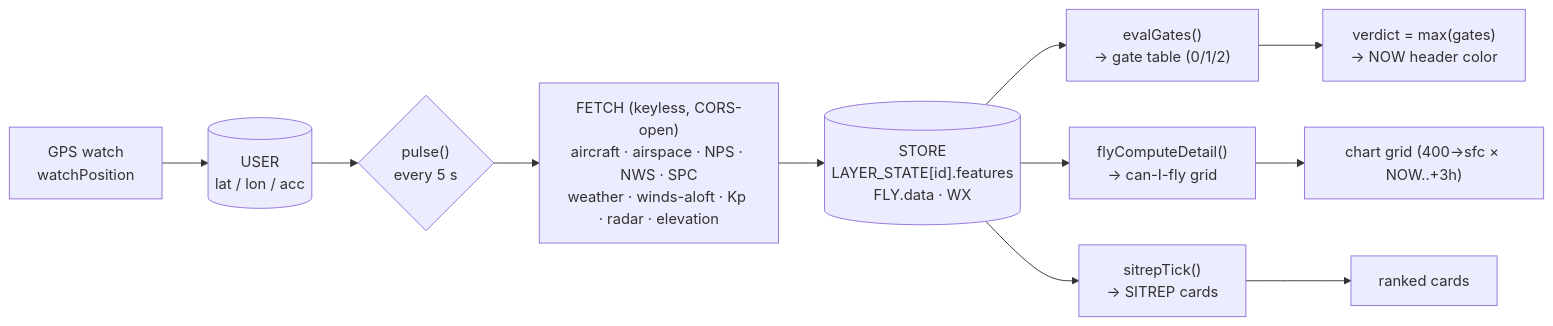
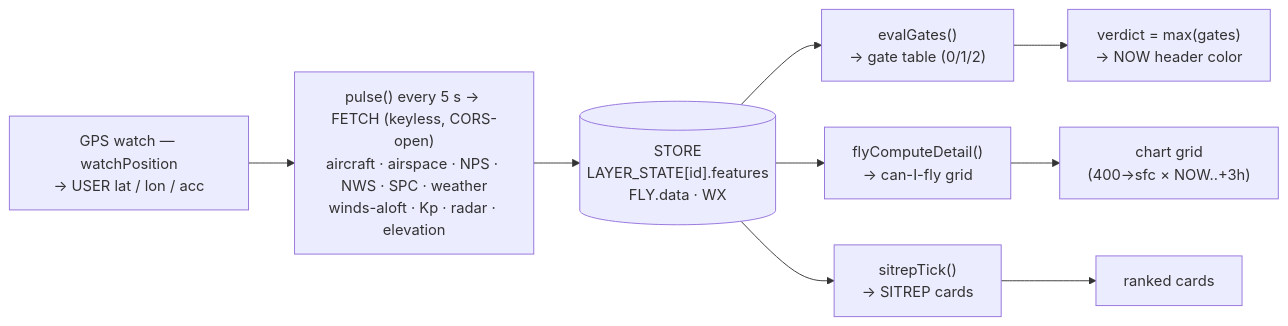
One commit to robertjohnhanna/seehear changed the diagram in README.md. Above: the diagram before and after it, drawn with Mermaid. The commit also changed 1 other file, not shown here.

Commit message:
Gate table to its own section after the chart; bigger NOW; tighter mermaid
- section 8 (verdict gate table) relocated from mid-chart to after
  flyRefresh: the chart section is now contiguous (fetchers -> caches ->
  radar -> traffic -> state -> freshness -> compute -> render -> refresh)
  and the gate table reads as its own layer between the chart it scores
  and the clock/boot machinery. Pure move — no code changes.
- NOW column header now matches the clock's size/weight (15px / 800,
  same mono family) — it carries the verdict, it should read like it.
- README data-flow mermaid: GPS watch + USER merged into one node,
  pulse() + FETCH merged into one node; labels widened so the diagram
  keeps its horizontal extent, flowing left-to-right.

Verified: 26/26 fixture checks (incl. a computed-style assertion that
NOW renders 15px/800 identical to the clock), 4/4 movement checks.

Claude-Session: https://claude.ai/code/session_0112SQtrT6ryJr1SjdfTVaBB

````diff
--- a/README.md
+++ b/README.md
@@ -13,13 +13,11 @@
 ```mermaid
 flowchart LR
-  GPS["GPS watch<br/>watchPosition"] --> USER[("USER<br/>lat / lon / acc")]
-  USER --> PULSE{"pulse()<br/>every 5 s"}
-  PULSE --> FEEDS["FETCH (keyless, CORS-open)<br/>aircraft · airspace · NPS · NWS · SPC<br/>weather · winds-aloft · Kp · radar · elevation"]
-  FEEDS --> STORE[("STORE<br/>LAYER_STATE[id].features<br/>FLY.data · WX")]
+  GPS["GPS watch — watchPosition<br/>→ USER lat / lon / acc"] --> PULSE["pulse() every 5 s → FETCH (keyless, CORS-open)<br/>aircraft · airspace · NPS · NWS · SPC · weather<br/>winds-aloft · Kp · radar · elevation"]
+  PULSE --> STORE[("STORE<br/>LAYER_STATE[id].features<br/>FLY.data · WX")]
   STORE --> GATES["evalGates()<br/>→ gate table (0/1/2)"]
   STORE --> CHART["flyComputeDetail()<br/>→ can-I-fly grid"]
   STORE --> SITREP["sitrepTick()<br/>→ SITREP cards"]
   GATES --> NOW["verdict = max(gates)<br/>→ NOW header color"]
-  CHART --> BOARD["chart grid (400→sfc × NOW..+3h)"]
+  CHART --> BOARD["chart grid<br/>(400→sfc × NOW..+3h)"]
   SITREP --> CARDS["ranked cards"]
 ```
````
